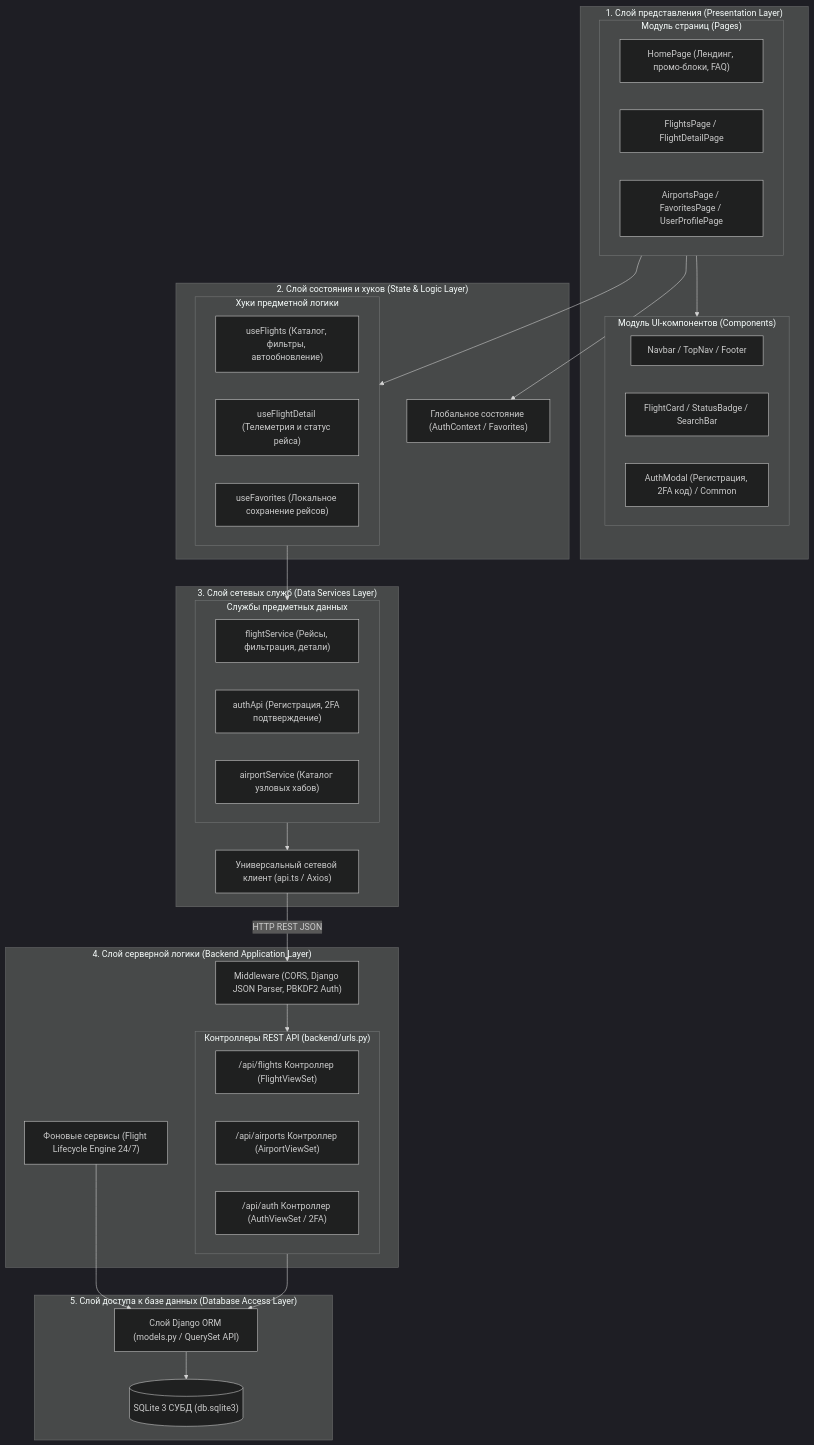
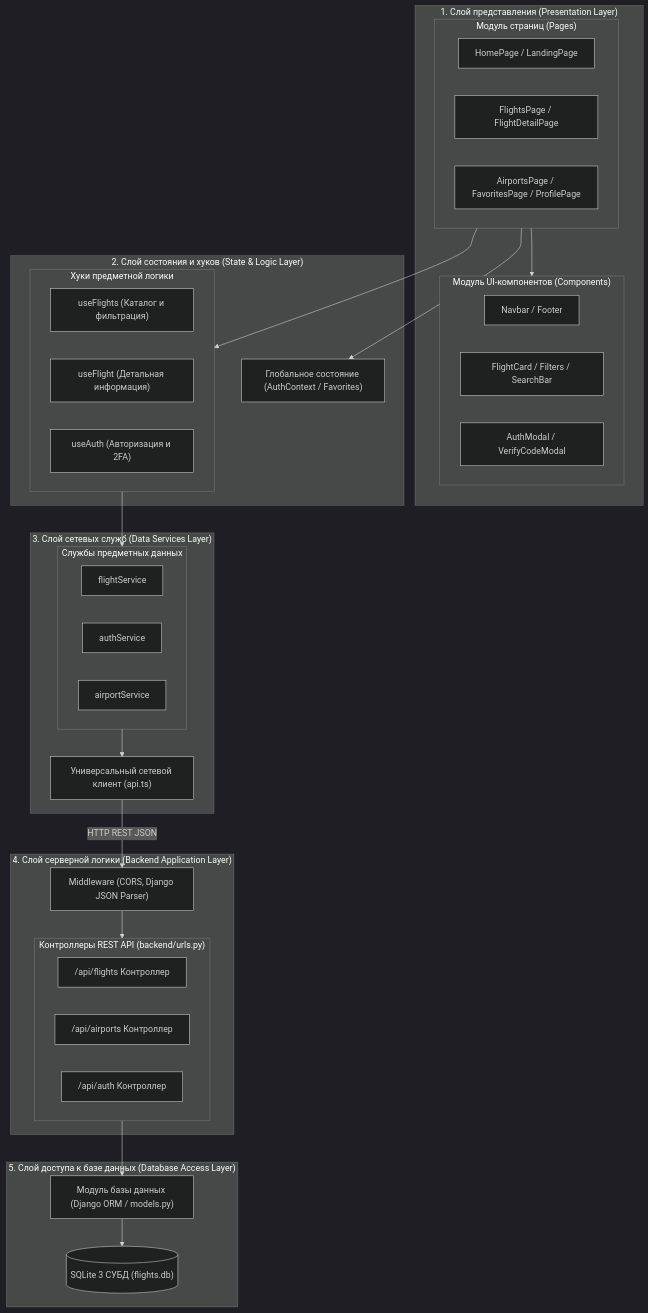
One commit to Shonni123/RPI_Kurs changed the diagram in docs/MODULE_DIAGRAM.md. Above: the diagram before and after it, drawn with Mermaid (dark theme). The commit also changed other lines of this file and 5 other files, not shown here.

Commit message:
docs: exact 1-to-1 visual match with student module diagram

````diff
--- a/docs/MODULE_DIAGRAM.md
+++ b/docs/MODULE_DIAGRAM.md
@@ -20,61 +20,59 @@
 ```mermaid
 flowchart TD
     subgraph LAYER_PRES["1. Слой представления (Presentation Layer)"]
         subgraph MOD_PAGES["Модуль страниц (Pages)"]
-            P_HOME["HomePage (Лендинг, промо-блоки, FAQ)"]
+            P_HOME["HomePage / LandingPage"]
             P_FLIGHTS["FlightsPage / FlightDetailPage"]
-            P_EXTRA["AirportsPage / FavoritesPage / UserProfilePage"]
+            P_EXTRA["AirportsPage / FavoritesPage / ProfilePage"]
         end
         subgraph MOD_UI["Модуль UI-компонентов (Components)"]
-            UI_NAV["Navbar / TopNav / Footer"]
-            UI_FLIGHT["FlightCard / StatusBadge / SearchBar"]
-            UI_AUTH["AuthModal (Регистрация, 2FA код) / Common"]
+            UI_NAV["Navbar / Footer"]
+            UI_CARD["FlightCard / Filters / SearchBar"]
+            UI_MODAL["AuthModal / VerifyCodeModal"]
         end
     end
 
     subgraph LAYER_STATE["2. Слой состояния и хуков (State & Logic Layer)"]
         CTX["Глобальное состояние (AuthContext / Favorites)"]
         subgraph MOD_HOOKS["Хуки предметной логики"]
-            H_FLIGHTS["useFlights (Каталог, фильтры, автообновление)"]
-            H_DETAIL["useFlightDetail (Телеметрия и статус рейса)"]
-            H_FAV["useFavorites (Локальное сохранение рейсов)"]
+            H_FLIGHTS["useFlights (Каталог и фильтрация)"]
+            H_FLIGHT["useFlight (Детальная информация)"]
+            H_AUTH["useAuth (Авторизация и 2FA)"]
         end
     end
 
     subgraph LAYER_SVC["3. Слой сетевых служб (Data Services Layer)"]
-        API_CLIENT["Универсальный сетевой клиент (api.ts / Axios)"]
+        API_CLIENT["Универсальный сетевой клиент (api.ts)"]
         subgraph MOD_SVC["Службы предметных данных"]
-            S_FLIGHTS["flightService (Рейсы, фильтрация, детали)"]
-            S_AUTH["authApi (Регистрация, 2FA подтверждение)"]
-            S_AIRPORT["airportService (Каталог узловых хабов)"]
+            S_FLIGHT["flightService"]
+            S_AUTH["authService"]
+            S_AIRPORT["airportService"]
         end
     end
 
     subgraph LAYER_BE["4. Слой серверной логики (Backend Application Layer)"]
-        MID["Middleware (CORS, Django JSON Parser, PBKDF2 Auth)"]
+        MID["Middleware (CORS, Django JSON Parser)"]
         subgraph MOD_ROUTERS["Контроллеры REST API (backend/urls.py)"]
-            R_FLIGHTS["/api/flights Контроллер (FlightViewSet)"]
-            R_AIRPORTS["/api/airports Контроллер (AirportViewSet)"]
-            R_AUTH["/api/auth Контроллер (AuthViewSet / 2FA)"]
+            R_FLIGHTS["/api/flights Контроллер"]
+            R_AIRPORTS["/api/airports Контроллер"]
+            R_AUTH["/api/auth Контроллер"]
         end
-        ENGINE["Фоновые сервисы (Flight Lifecycle Engine 24/7)"]
     end
 
     subgraph LAYER_DATA["5. Слой доступа к базе данных (Database Access Layer)"]
-        DB_MOD["Слой Django ORM (models.py / QuerySet API)"]
-        DB_STORE[("SQLite 3 СУБД (db.sqlite3)")]
+        DB_MOD["Модуль базы данных (Django ORM / models.py)"]
+        DB_STORE[("SQLite 3 СУБД (flights.db)")]
     end
 
     %% Четкие межслойные связи сверху вниз
     MOD_PAGES --> MOD_UI
     MOD_PAGES --> CTX
     MOD_PAGES --> MOD_HOOKS
     MOD_HOOKS --> MOD_SVC
     MOD_SVC --> API_CLIENT
 
     API_CLIENT -->|HTTP REST JSON| MID
     MID --> MOD_ROUTERS
     MOD_ROUTERS --> DB_MOD
-    ENGINE --> DB_MOD
     DB_MOD --> DB_STORE
 ```
````
